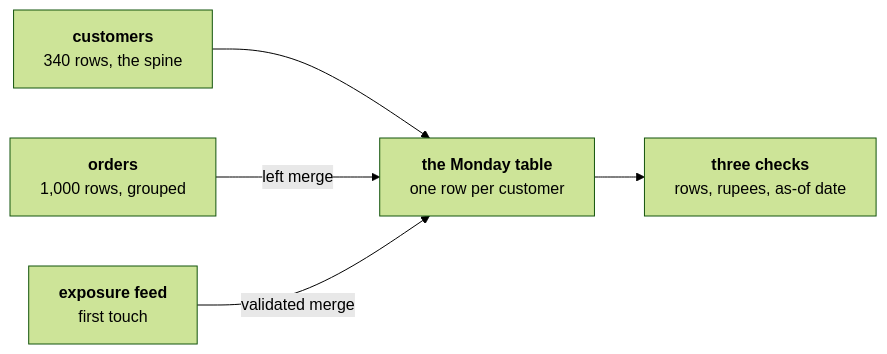
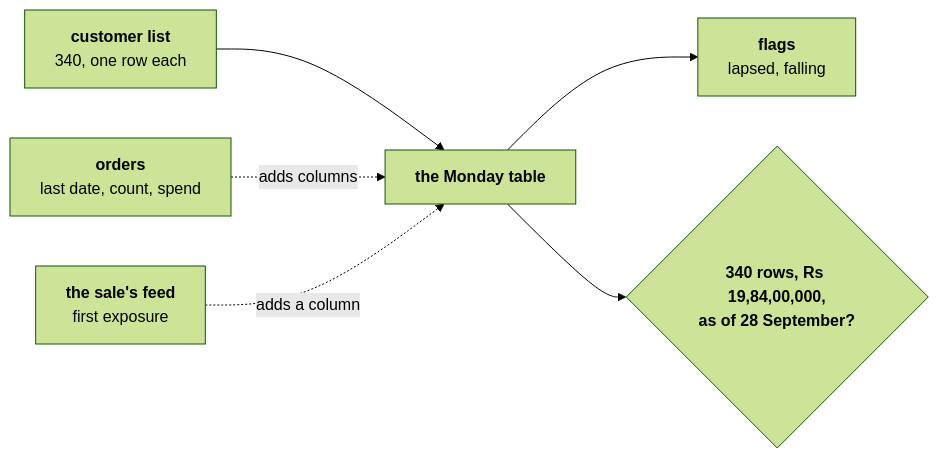
One commit to fde-academy-lab/c2-content-factory changed the second of 2 diagrams in content/W02/D4/study-notes/C2_W02_D04_notes_STUDENT.md. Above: the diagram before and after it, drawn with Mermaid (forest theme). The commit also changed other lines of this file and 4 other files, not shown here.

````diff
--- a/content/W02/D4/study-notes/C2_W02_D04_notes_STUDENT.md
+++ b/content/W02/D4/study-notes/C2_W02_D04_notes_STUDENT.md
@@ -40,7 +74,8 @@
 ```mermaid
 flowchart LR
-    C["<b>customers</b><br/>340 rows, the spine"] --> T["<b>the Monday table</b><br/>one row per customer"]
-    O["<b>orders</b><br/>1,000 rows, grouped"] -->|"left merge"| T
-    E["<b>exposure feed</b><br/>first touch"] -->|"validated merge"| T
-    T --> K["<b>three checks</b><br/>rows, rupees, as-of date"]
+    C["<b>customer list</b><br/>340, one row each"] --> T["<b>the Monday table</b>"]
+    O["<b>orders</b><br/>last date, count, spend"] -.->|adds columns| T
+    F["<b>the sale's feed</b><br/>first exposure"] -.->|adds a column| T
+    T --> G["<b>flags</b><br/>lapsed, falling"]
+    T --> K{"<b>340 rows, Rs 19,84,00,000,<br/>as of 28 September?</b>"}
 ```
````
